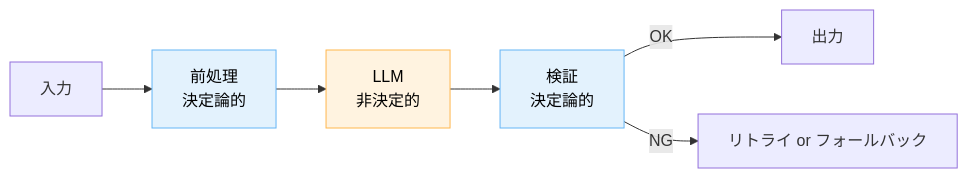
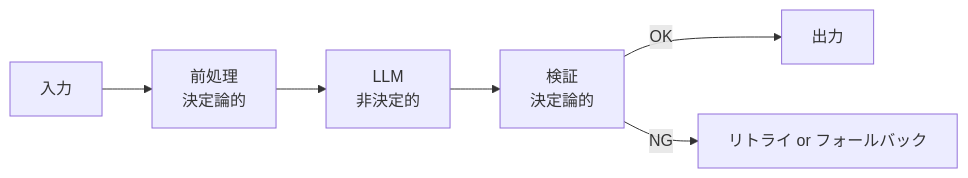
The second of 2 diagrams in docs/concepts/llm-の非決定性を前提に設計する.md (dinekt/dinekt-wiki), drawn with Mermaid before and after one commit. The commit also changed other lines of this file and 70 other files, not shown here.

First line of the commit message:
fix(mermaid): strip all inline styling, rely on theme

````diff
--- a/docs/concepts/llm-の非決定性を前提に設計する.md
+++ b/docs/concepts/llm-の非決定性を前提に設計する.md
@@ -59,12 +58,9 @@
 ```mermaid
 flowchart LR
     I[入力] --> V1[前処理<br/>決定論的]
     V1 --> L[LLM<br/>非決定的]
     L --> V2[検証<br/>決定論的]
     V2 -->|OK| O[出力]
     V2 -->|NG| R[リトライ or フォールバック]
 
-    style V1 fill:#e3f2fd,stroke:#64b5f6,color:#000
-    style L fill:#fff3e0,stroke:#ffb74d,color:#000
-    style V2 fill:#e3f2fd,stroke:#64b5f6,color:#000
 ```
````
